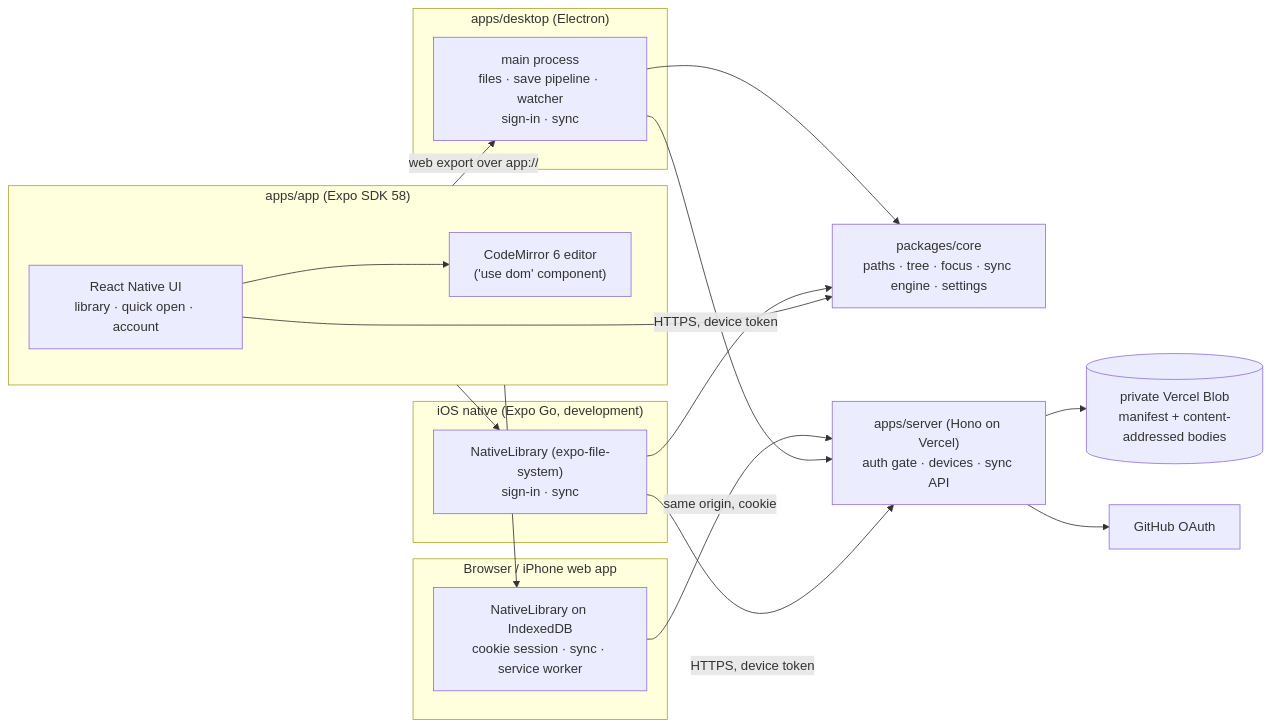
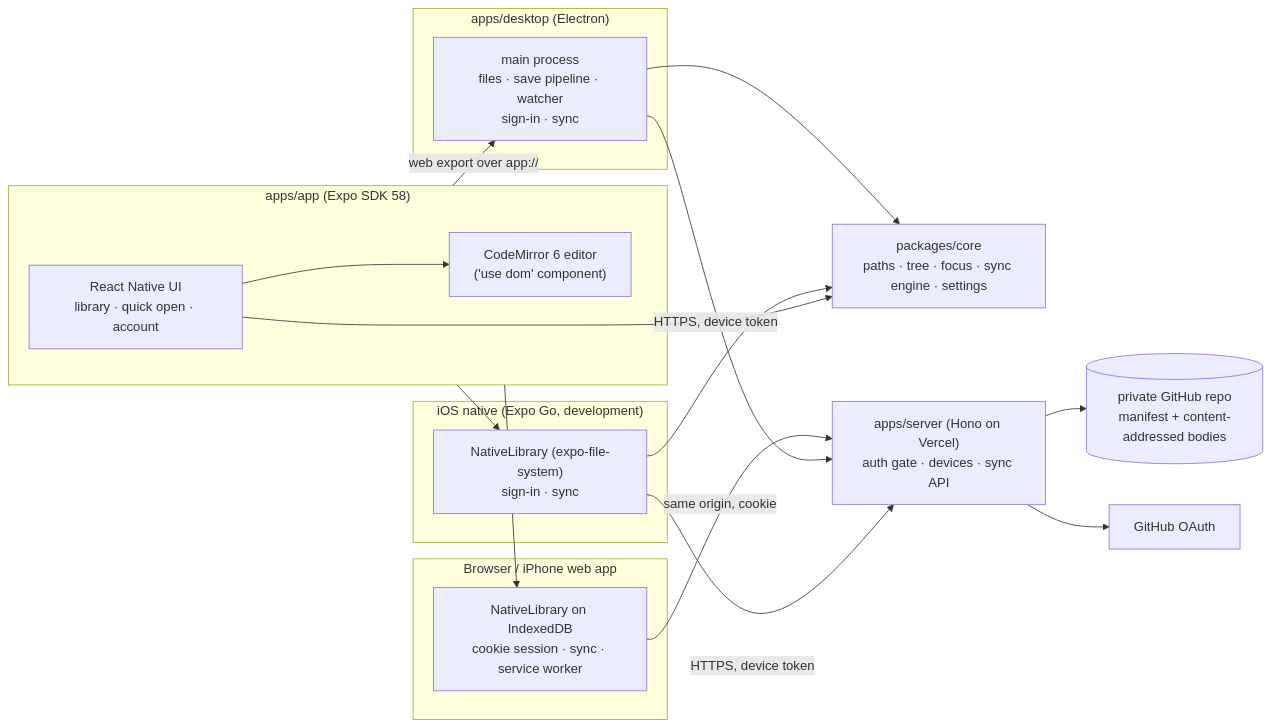
The diagram in README.md (lyonsv/writing), drawn with Mermaid before and after one commit. The commit also changed other lines of this file and 38 other files, not shown here.

First line of the commit message:
feat(server): store data in a private GitHub repo instead of Vercel Blob (ADR 0021)

````diff
--- a/README.md
+++ b/README.md
@@ -86,33 +86,33 @@
 ```mermaid
 flowchart LR
   subgraph app["apps/app (Expo SDK 58)"]
     UI["React Native UI\nlibrary · quick open · account"]
     ED["CodeMirror 6 editor\n('use dom' component)"]
   end
   subgraph desktop["apps/desktop (Electron)"]
     MAIN["main process\nfiles · save pipeline · watcher\nsign-in · sync"]
   end
   subgraph web["Browser / iPhone web app"]
     IDB["NativeLibrary on IndexedDB\ncookie session · sync · service worker"]
   end
   subgraph ios["iOS native (Expo Go, development)"]
     NAT["NativeLibrary (expo-file-system)\nsign-in · sync"]
   end
   CORE["packages/core\npaths · tree · focus · sync engine · settings"]
   SRV["apps/server (Hono on Vercel)\nauth gate · devices · sync API"]
-  BLOB[("private Vercel Blob\nmanifest + content-addressed bodies")]
+  REPO[("private GitHub repo\nmanifest + content-addressed bodies")]
   GH["GitHub OAuth"]
 
   UI --> ED
   app -- "web export over app://" --> MAIN
   app --> NAT
   app --> IDB
   IDB -- "same origin, cookie" --> SRV
   MAIN --> CORE
   NAT --> CORE
   UI --> CORE
   MAIN -- "HTTPS, device token" --> SRV
   NAT -- "HTTPS, device token" --> SRV
-  SRV --> BLOB
+  SRV --> REPO
   SRV --> GH
 ```
````
